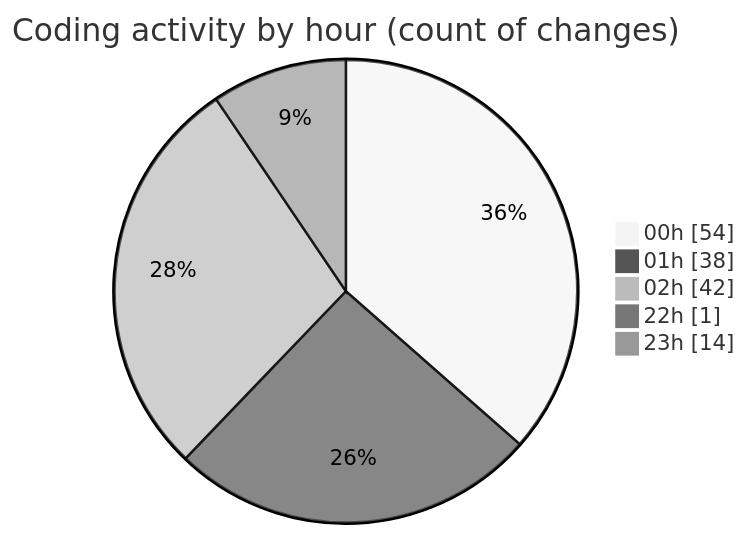
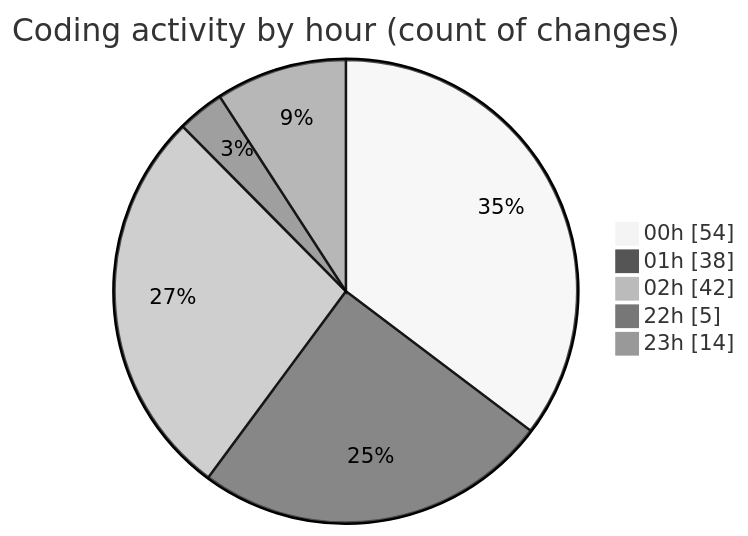
One commit to lephambinh05/code-tracking changed the second of 2 diagrams in 2025-08-20/quytuthien_vn/README.md. Above: the diagram before and after it, drawn with Mermaid (neutral theme). The commit also changed other lines of this file and 1 other file, not shown here.

````diff
--- a/2025-08-20/quytuthien_vn/README.md
+++ b/2025-08-20/quytuthien_vn/README.md
@@ -101,9 +104,9 @@
 ```mermaid
 pie showData
 title Coding activity by hour (count of changes)
 "00h" : 54
 "01h" : 38
 "02h" : 42
-"22h" : 1
+"22h" : 5
 "23h" : 14
 ```
````
